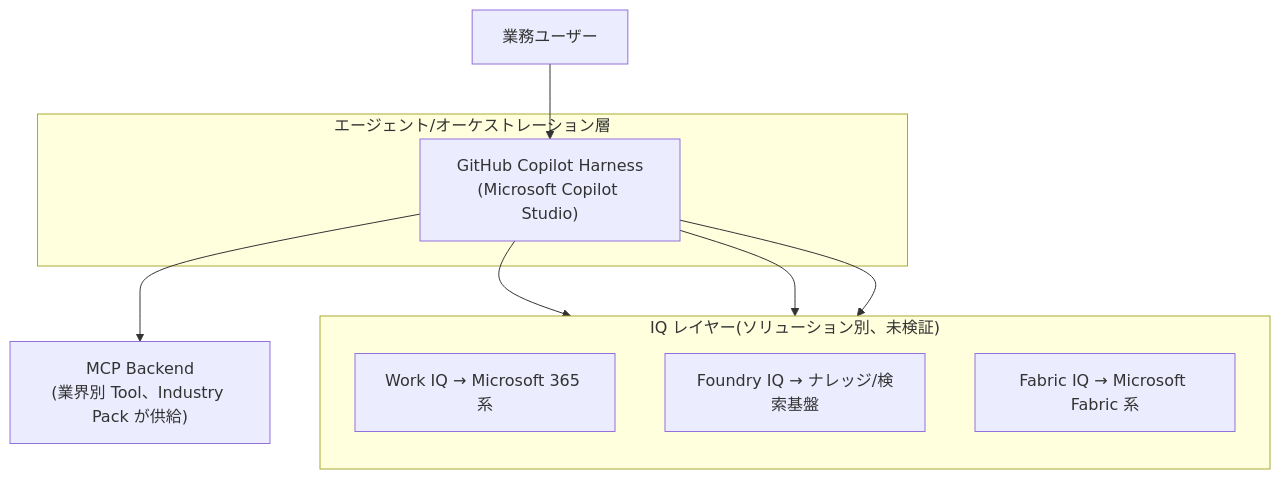
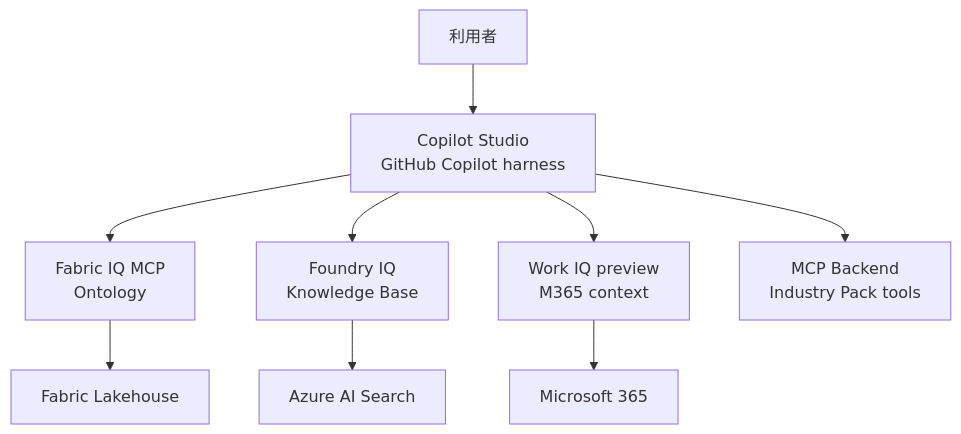
One commit to TK3214-MS/POC-Harness-CustomIQ changed the diagram in docs/architecture/architecture-guide.md. Above: the diagram before and after it, drawn with Mermaid. The commit also changed other lines of this file and 94 other files, not shown here.

````diff
--- a/docs/architecture/architecture-guide.md
+++ b/docs/architecture/architecture-guide.md
@@ -67,23 +7,11 @@
 ```mermaid
 flowchart TB
-    User["業務ユーザー"]
-
-    subgraph Harness2["エージェント/オーケストレーション層"]
-        CS["GitHub Copilot Harness<br/>(Microsoft Copilot Studio)"]
-    end
-
-    subgraph IQLayers2["IQ レイヤー(ソリューション別、未検証)"]
-        direction TB
-        WIQ2["Work IQ → Microsoft 365 系"]
-        FIQ2["Foundry IQ → ナレッジ/検索基盤"]
-        FabIQ2["Fabric IQ → Microsoft Fabric 系"]
-    end
-
-    MCP2["MCP Backend<br/>(業界別 Tool、Industry Pack が供給)"]
-
-    User --> CS
-    CS --> WIQ2
-    CS --> FIQ2
-    CS --> FabIQ2
-    CS --> MCP2
+  User[利用者] --> Agent[Copilot Studio<br/>GitHub Copilot harness]
+  Agent --> Fabric[Fabric IQ MCP<br/>Ontology]
+  Agent --> Foundry[Foundry IQ<br/>Knowledge Base]
+  Agent --> Work[Work IQ preview<br/>M365 context]
+  Agent --> MCP[MCP Backend<br/>Industry Pack tools]
+  Fabric --> Lake[Fabric Lakehouse]
+  Foundry --> Search[Azure AI Search]
+  Work --> M365[Microsoft 365]
 ```
````
